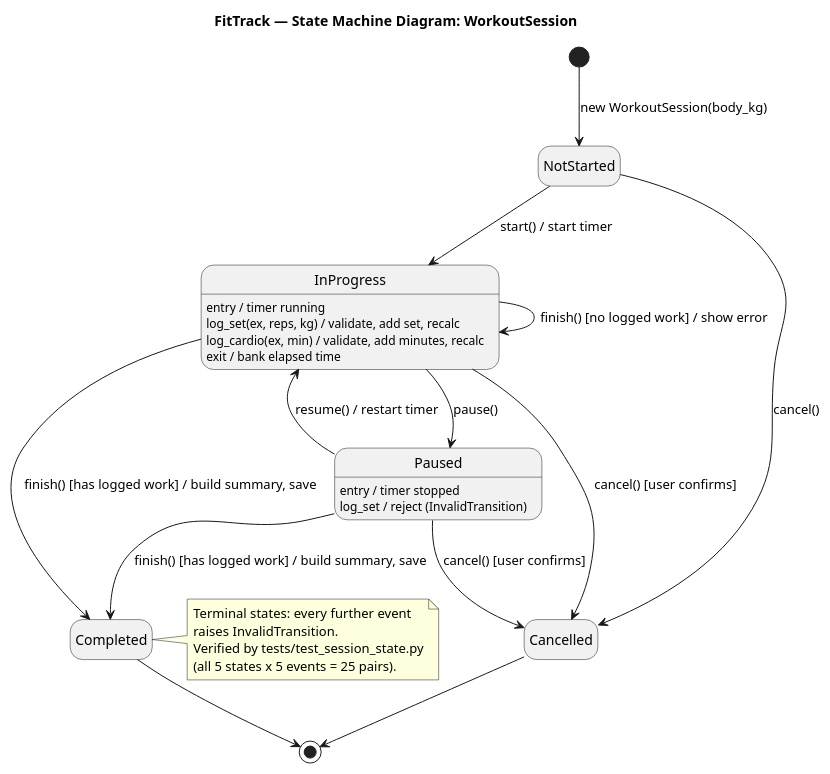
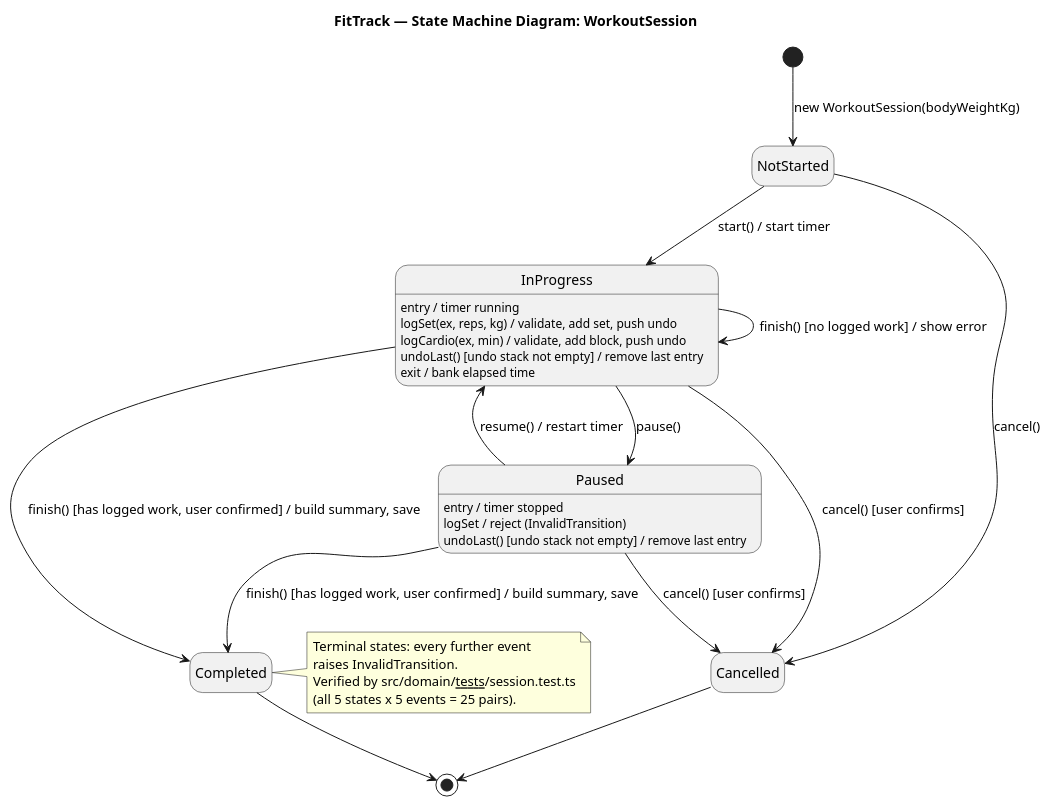
Before and after one commit to Lovnes/fitness-app: the diagram in docs/uml/state_workout_session.puml, drawn with PlantUML. The commit also changed 102 other files, not shown here.

```diff
--- a/docs/uml/state_workout_session.puml
+++ b/docs/uml/state_workout_session.puml
@@ -1,37 +1,39 @@
 @startuml state_workout_session
 title FitTrack — State Machine Diagram: WorkoutSession
 hide empty description
 
-[*] --> NotStarted : new WorkoutSession(body_kg)
+[*] --> NotStarted : new WorkoutSession(bodyWeightKg)
 
 NotStarted --> InProgress : start() / start timer
 NotStarted --> Cancelled : cancel()
 
 InProgress : entry / timer running
-InProgress : log_set(ex, reps, kg) / validate, add set, recalc
-InProgress : log_cardio(ex, min) / validate, add minutes, recalc
+InProgress : logSet(ex, reps, kg) / validate, add set, push undo
+InProgress : logCardio(ex, min) / validate, add block, push undo
+InProgress : undoLast() [undo stack not empty] / remove last entry
 InProgress : exit / bank elapsed time
 
 Paused : entry / timer stopped
-Paused : log_set / reject (InvalidTransition)
+Paused : logSet / reject (InvalidTransition)
+Paused : undoLast() [undo stack not empty] / remove last entry
 
 InProgress --> Paused : pause()
 Paused --> InProgress : resume() / restart timer
 
-InProgress --> Completed : finish() [has logged work] / build summary, save
-Paused --> Completed : finish() [has logged work] / build summary, save
+InProgress --> Completed : finish() [has logged work, user confirmed] / build summary, save
+Paused --> Completed : finish() [has logged work, user confirmed] / build summary, save
 InProgress --> InProgress : finish() [no logged work] / show error
 
 InProgress --> Cancelled : cancel() [user confirms]
 Paused --> Cancelled : cancel() [user confirms]
 
 Completed --> [*]
 Cancelled --> [*]
 
 note right of Completed
   Terminal states: every further event
   raises InvalidTransition.
-  Verified by tests/test_session_state.py
+  Verified by src/domain/__tests__/session.test.ts
   (all 5 states x 5 events = 25 pairs).
 end note
 @enduml
```
